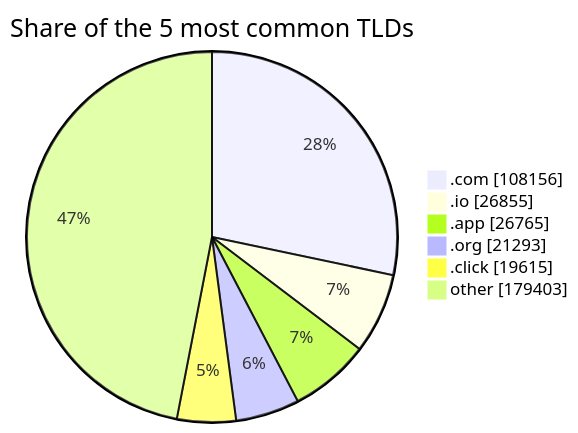
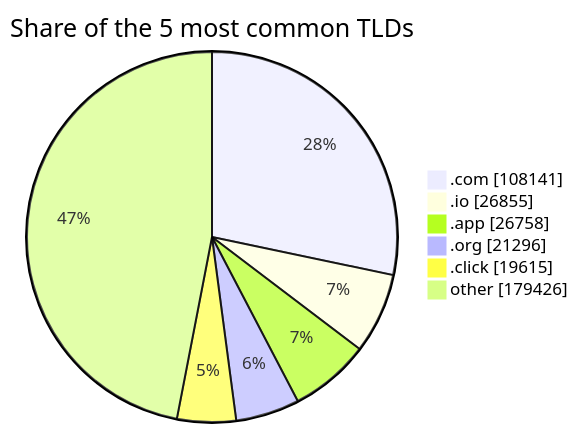
One commit to DNSBunker/CTI changed the third of 3 diagrams in README.md. Above: the diagram before and after it, drawn with Mermaid. The commit also changed other lines of this file and 3 other files, not shown here.

````diff
--- a/README.md
+++ b/README.md
@@ -81,9 +81,9 @@
 ```mermaid
 pie showData title Share of the 5 most common TLDs
-    ".com" : 108156
+    ".com" : 108141
     ".io" : 26855
-    ".app" : 26765
-    ".org" : 21293
+    ".app" : 26758
+    ".org" : 21296
     ".click" : 19615
-    "other" : 179403
+    "other" : 179426
 ```
````
